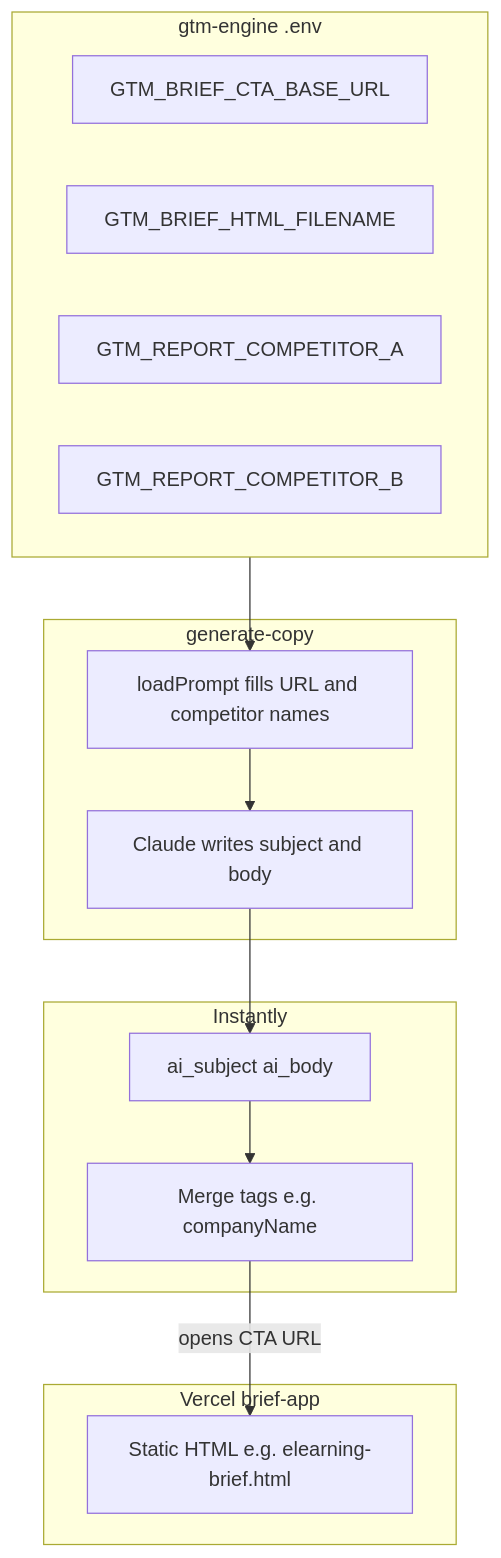
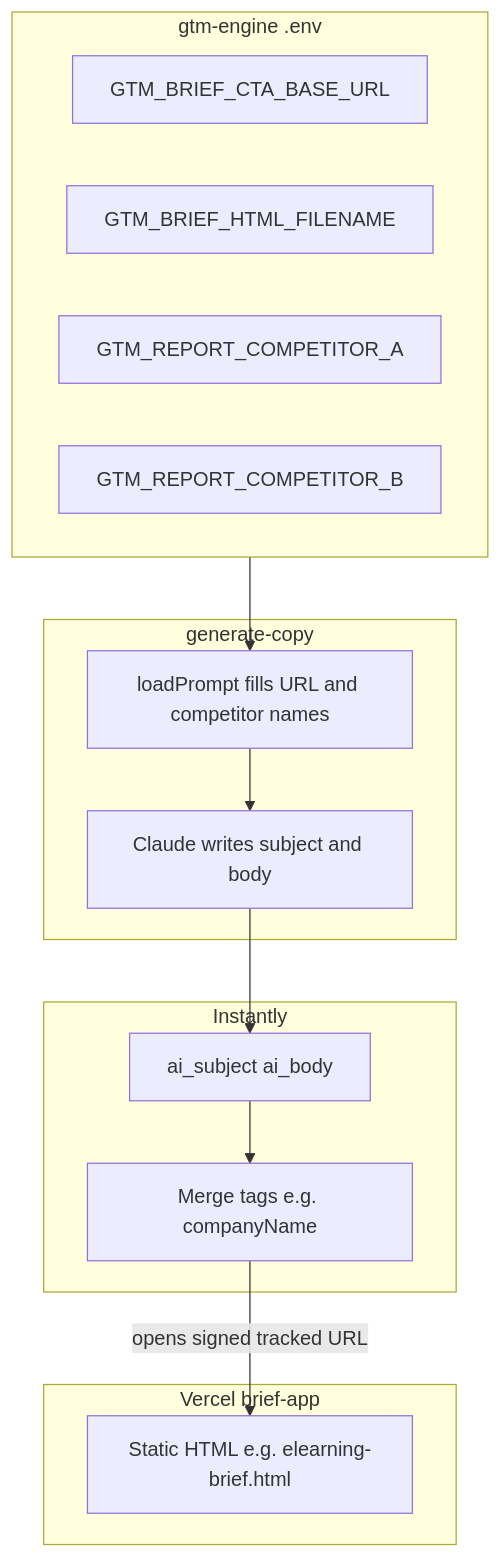
Before and after one commit to Zaeem2195/MightX: the diagram in gtm-engine/docs/VERTICAL-BRIEF-AND-EMAIL.md, drawn with Mermaid. The commit also changed other lines of this file and 6 other files, not shown here.

````diff
--- a/gtm-engine/docs/VERTICAL-BRIEF-AND-EMAIL.md
+++ b/gtm-engine/docs/VERTICAL-BRIEF-AND-EMAIL.md
@@ -9,22 +9,22 @@
 ```mermaid
 flowchart TB
   subgraph vercel [Vercel brief-app]
     HTML["Static HTML e.g. elearning-brief.html"]
   end
   subgraph env [gtm-engine .env]
     URL[GTM_BRIEF_CTA_BASE_URL]
     FILE[GTM_BRIEF_HTML_FILENAME]
     C1[GTM_REPORT_COMPETITOR_A]
     C2[GTM_REPORT_COMPETITOR_B]
   end
   subgraph gen [generate-copy]
     LP[loadPrompt fills URL and competitor names]
     CL[Claude writes subject and body]
   end
   subgraph inst [Instantly]
     CV[ai_subject ai_body]
     SEQ[Merge tags e.g. companyName]
   end
   env --> LP --> CL --> CV --> SEQ
-  SEQ -->|opens CTA URL| HTML
+  SEQ -->|opens signed tracked URL| HTML
 ```
````
